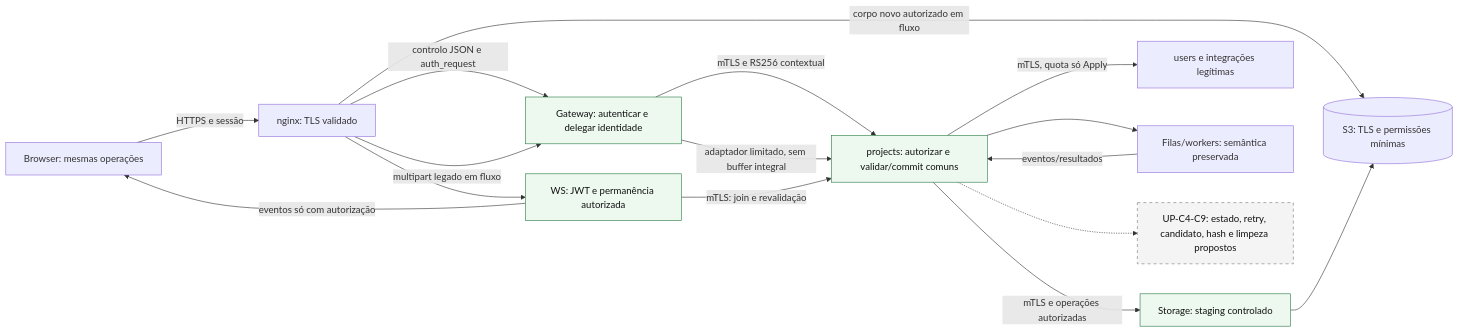
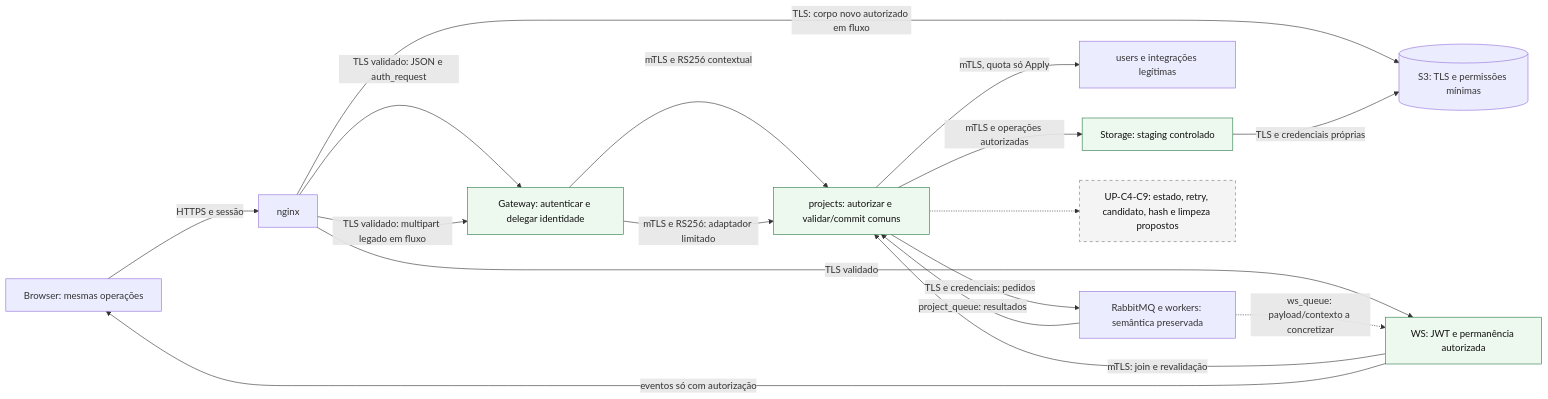
Before and after one commit to A104358/picturas-27: the diagram in docs/exercises/07-architectural-tactics/diagrams/after.mmd, drawn with Mermaid. The commit also changed 9 other files, not shown here.

First line of the commit message:
Refine Exercise 6 and 7 scenarios, trade-offs and diagrams

```diff
--- a/docs/exercises/07-architectural-tactics/diagrams/after.mmd
+++ b/docs/exercises/07-architectural-tactics/diagrams/after.mmd
@@ -1,20 +1,21 @@
 flowchart LR
-    B["Browser: mesmas operações"] -->|HTTPS e sessão| N["nginx: TLS validado"]
-    N -->|controlo JSON e auth_request| G["Gateway: autenticar e delegar identidade"]
+    B["Browser: mesmas operações"] -->|HTTPS e sessão| N["nginx"]
+    N -->|TLS validado: JSON e auth_request| G["Gateway: autenticar e delegar identidade"]
     G -->|mTLS e RS256 contextual| P["projects: autorizar e validar/commit comuns"]
-    N -->|corpo novo autorizado em fluxo| O[("S3: TLS e permissões mínimas")]
-    N -->|multipart legado em fluxo| G
-    G -->|adaptador limitado, sem buffer integral| P
+    N -->|TLS: corpo novo autorizado em fluxo| O[("S3: TLS e permissões mínimas")]
+    N -->|TLS validado: multipart legado em fluxo| G
+    G -->|mTLS e RS256: adaptador limitado| P
     P -->|mTLS e operações autorizadas| S["Storage: staging controlado"]
-    S --> O
-    N --> W["WS: JWT e permanência autorizada"]
+    S -->|TLS e credenciais próprias| O
+    N -->|TLS validado| W["WS: JWT e permanência autorizada"]
     W -->|mTLS: join e revalidação| P
     W -->|eventos só com autorização| B
     P -->|mTLS, quota só Apply| U["users e integrações legítimas"]
-    P --> Q["Filas/workers: semântica preservada"]
-    Q -->|eventos/resultados| P
+    P -->|TLS e credenciais: pedidos| Q["RabbitMQ e workers: semântica preservada"]
+    Q -->|project_queue: resultados| P
+    Q -.->|ws_queue: payload/contexto a concretizar| W
     P -.-> L["UP-C4-C9: estado, retry, candidato, hash e limpeza propostos"]
     classDef selected fill:#edf8ef,stroke:#287c45,color:#111;
     classDef proposed fill:#f4f4f4,stroke:#777,stroke-dasharray:5 5,color:#111;
     class G,P,S,W selected;
     class L proposed;
```
